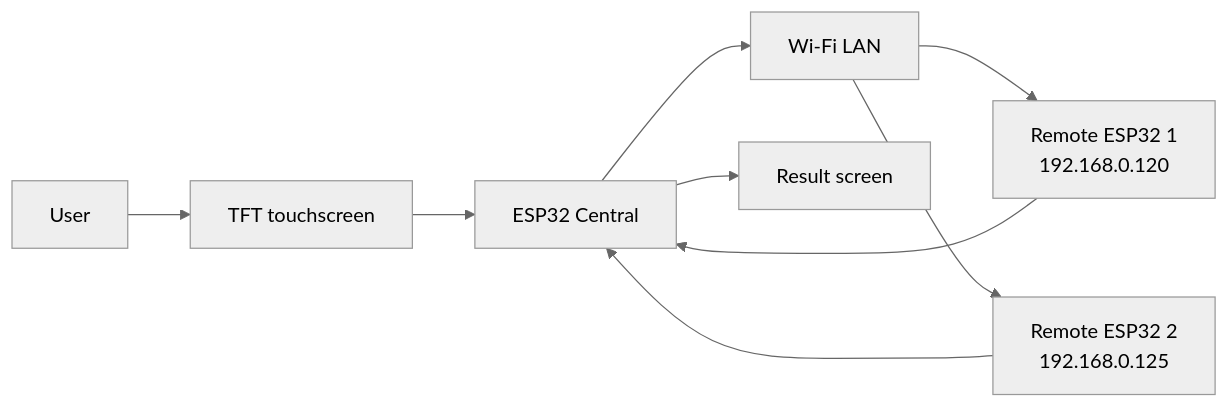
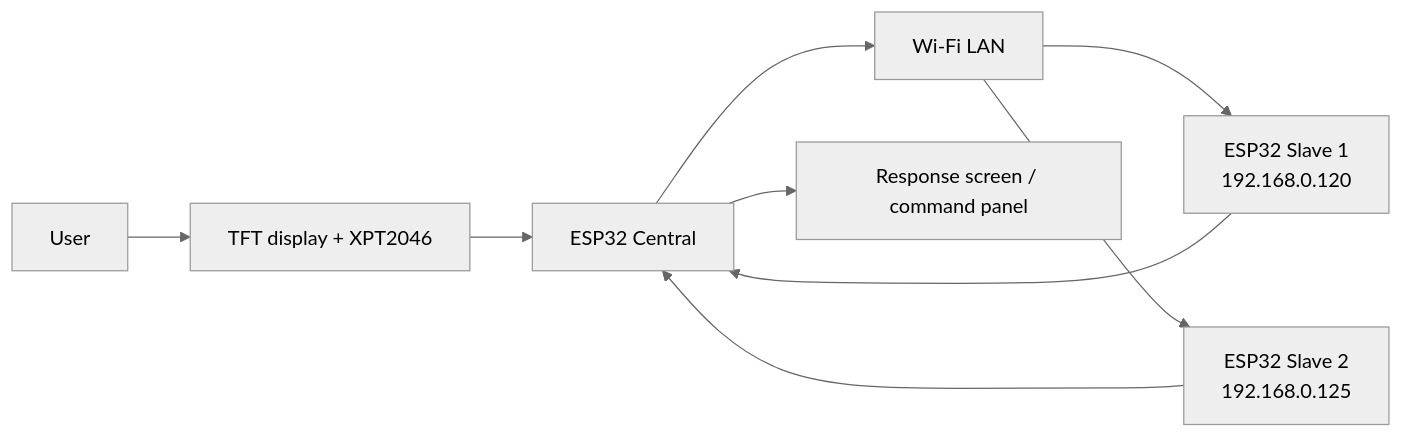
The first of 3 diagrams in README.md (paulocfmarques-collab/esp32_central), drawn with Mermaid (neutral theme) before and after one commit. The commit also changed other lines of this file, not shown here.

````diff
--- a/README.md
+++ b/README.md
@@ -39,11 +46,11 @@
 ```mermaid
 flowchart LR
-    User[User] --> Touch[TFT touchscreen]
+    User[User] --> Touch[TFT display + XPT2046]
     Touch --> Central[ESP32 Central]
-    Central --> WiFi[Wi-Fi LAN]
-    WiFi --> Node1[Remote ESP32 1<br/>192.168.0.120]
-    WiFi --> Node2[Remote ESP32 2<br/>192.168.0.125]
+    Central --> WiFi[Wi‑Fi LAN]
+    WiFi --> Node1[ESP32 Slave 1<br/>192.168.0.120]
+    WiFi --> Node2[ESP32 Slave 2<br/>192.168.0.125]
     Node1 --> Central
     Node2 --> Central
-    Central --> Display[Result screen]
+    Central --> Display[Response screen / command panel]
 ```
````
